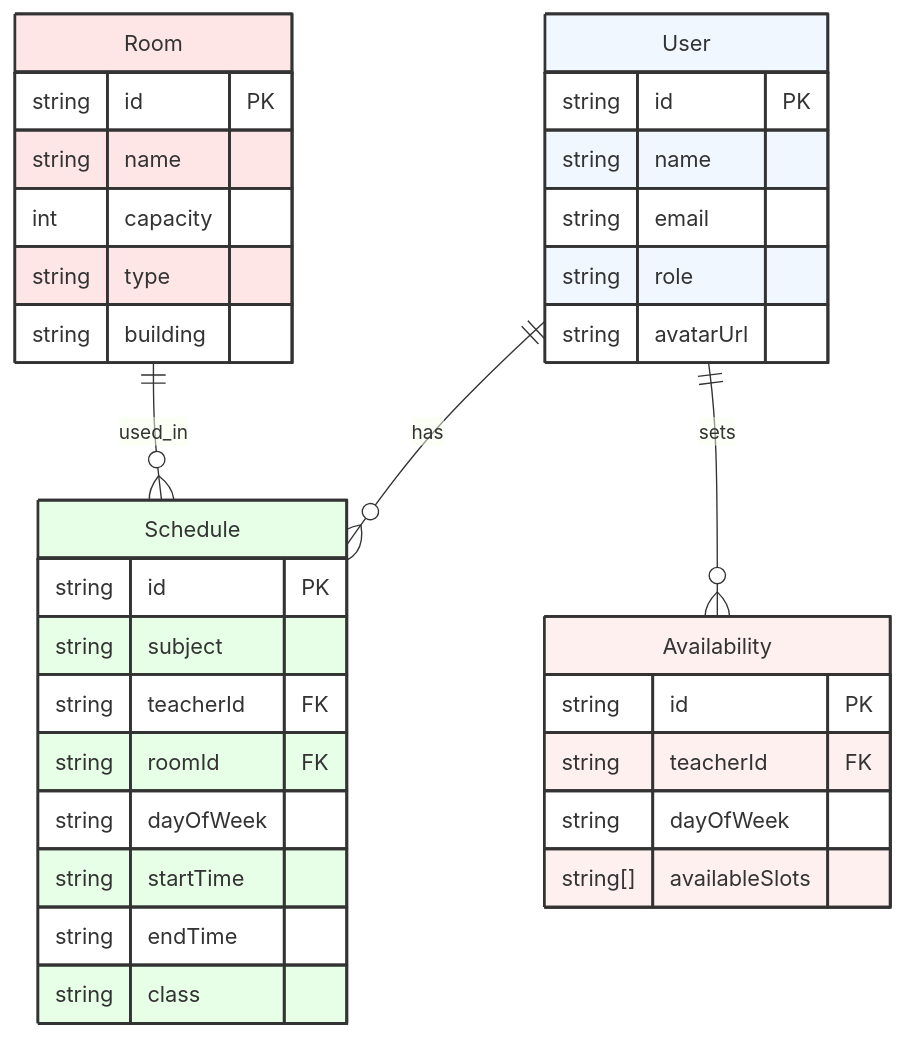
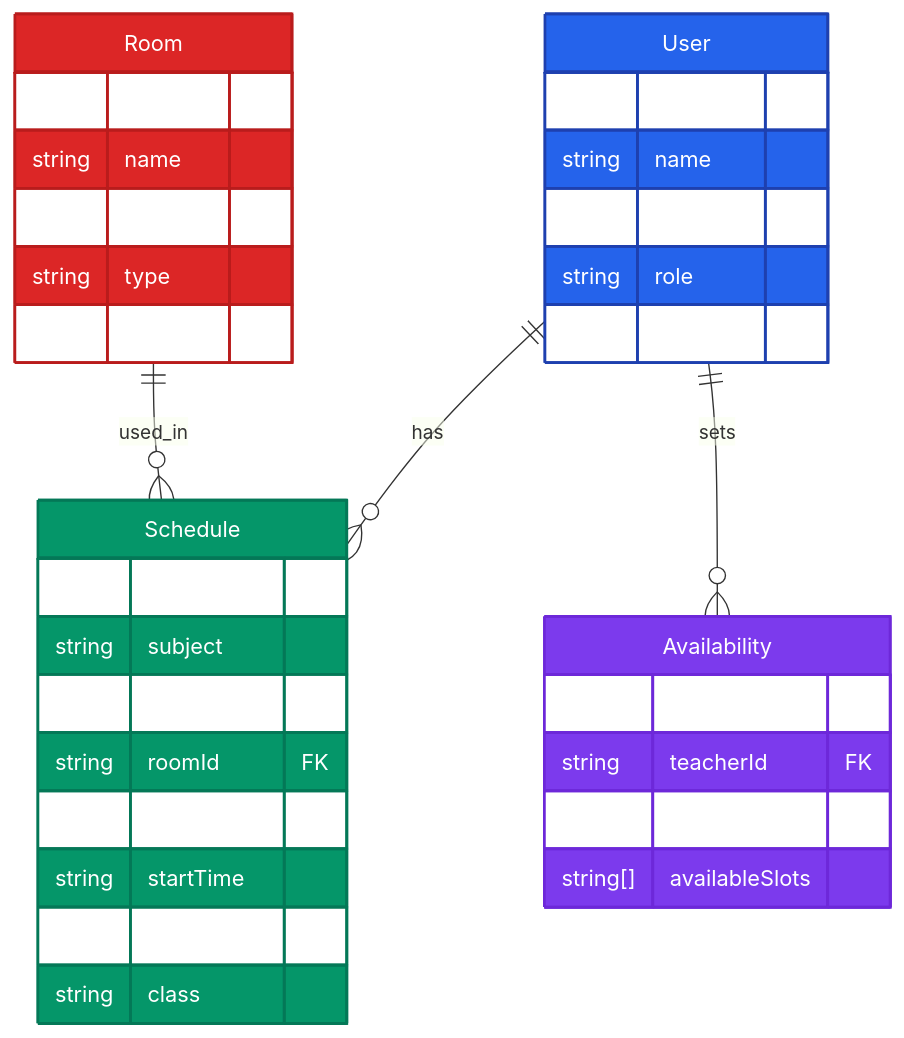
Before and after one commit to kafle1/timetablepro: the third of 10 diagrams in docs/API.md, drawn with Mermaid. The commit also changed other lines of this file and 1 other file, not shown here.

Commit message:
docs: Update diagrams with strong, accessible color scheme

````diff
--- a/docs/API.md
+++ b/docs/API.md
@@ -191,51 +191,51 @@
 ```mermaid
 erDiagram
     User ||--o{ Schedule : "has"
     User ||--o{ Availability : "sets"
     Room ||--o{ Schedule : "used_in"
     
-    %% Entity styling
-    classDef user fill:#f0f7ff,stroke:#333,stroke-width:2px
-    classDef schedule fill:#e6ffe6,stroke:#333,stroke-width:2px
-    classDef room fill:#ffe6e6,stroke:#333,stroke-width:2px
-    classDef availability fill:#fff0f0,stroke:#333,stroke-width:2px
+    %% Strong, accessible colors
+    classDef user fill:#2563eb,color:#ffffff,stroke:#1e40af,stroke-width:2px
+    classDef schedule fill:#059669,color:#ffffff,stroke:#047857,stroke-width:2px
+    classDef room fill:#dc2626,color:#ffffff,stroke:#b91c1c,stroke-width:2px
+    classDef availability fill:#7c3aed,color:#ffffff,stroke:#6d28d9,stroke-width:2px
     
     class User user
     class Schedule schedule
     class Room room
     class Availability availability
     
     User {
         string id PK
         string name
         string email
         string role
         string avatarUrl
     }
     
     Schedule {
         string id PK
         string subject
         string teacherId FK
         string roomId FK
         string dayOfWeek
         string startTime
         string endTime
         string class
     }
     
     Room {
         string id PK
         string name
         int capacity
         string type
         string building
     }
     
     Availability {
         string id PK
         string teacherId FK
         string dayOfWeek
         string[] availableSlots
     }
 ```
````
